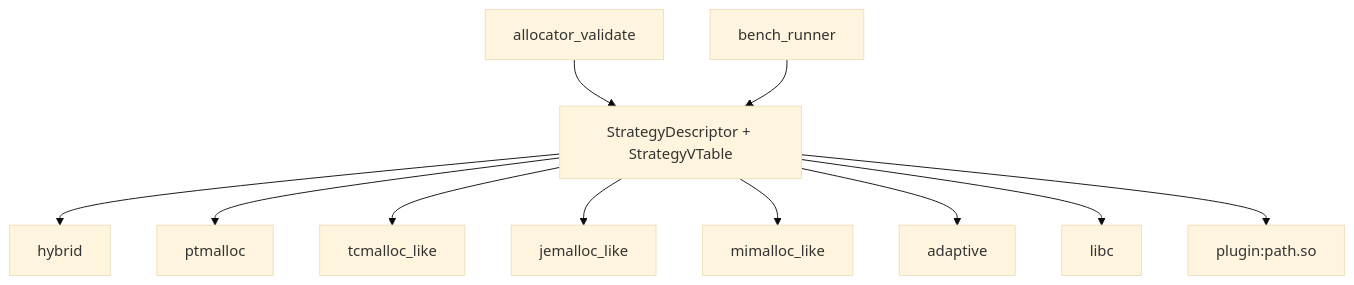
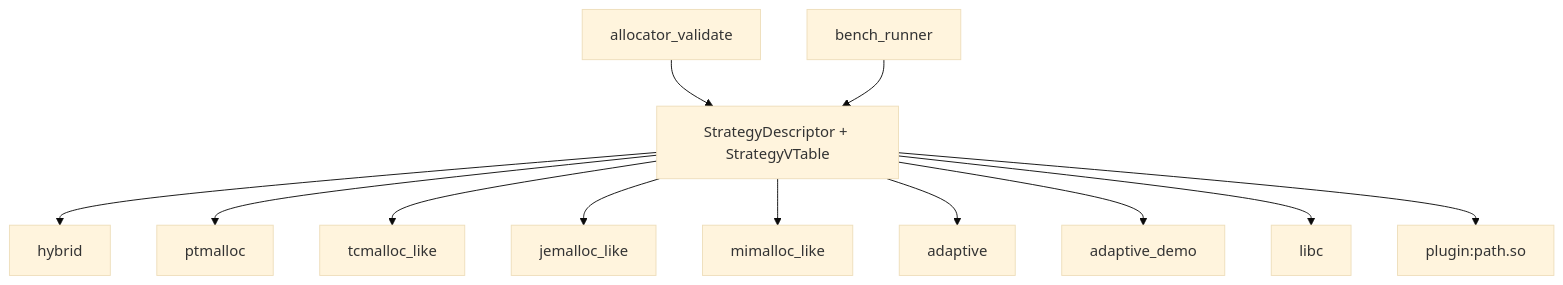
One commit to sdsasf/my_malloc changed the diagram in docs/allocator_lab.md. Above: the diagram before and after it, drawn with Mermaid (base theme). The commit also changed other lines of this file and 23 other files, not shown here.

````diff
--- a/docs/allocator_lab.md
+++ b/docs/allocator_lab.md
@@ -18,25 +23,27 @@
 ```mermaid
 flowchart TB
     Bench["bench_runner"]
     Validate["allocator_validate"]
     API["StrategyDescriptor + StrategyVTable"]
     Hybrid["hybrid"]
     Ptmalloc["ptmalloc"]
     TC["tcmalloc_like"]
     JE["jemalloc_like"]
     MI["mimalloc_like"]
     AD["adaptive"]
+    Demo["adaptive_demo"]
     Libc["libc"]
     Plugin["plugin:path.so"]
 
     Validate --> API
     Bench --> API
     API --> Hybrid
     API --> Ptmalloc
     API --> TC
     API --> JE
     API --> MI
     API --> AD
+    API --> Demo
     API --> Libc
     API --> Plugin
 ```
````
